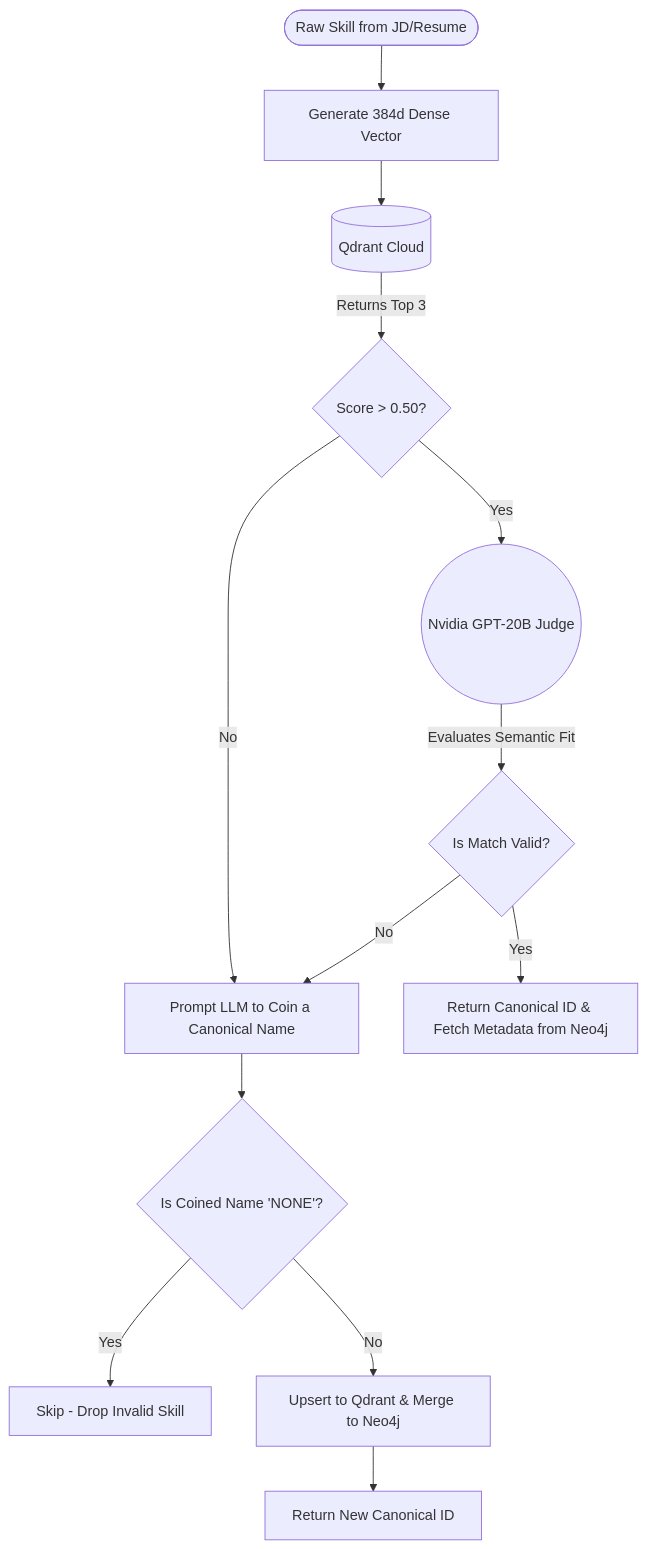
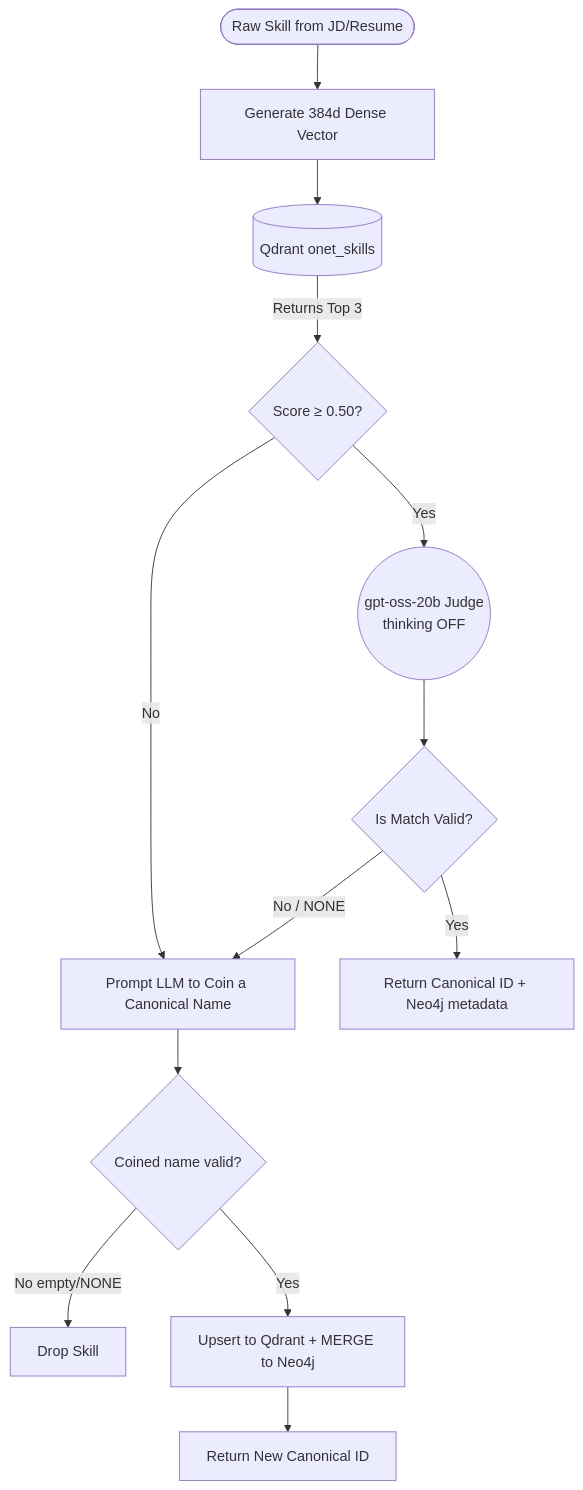
One commit to ujwal-s-r/IISC_emp_onboarding_proj changed the second of 3 diagrams in docs/working.md. Above: the diagram before and after it, drawn with Mermaid. The commit also changed other lines of this file and 17 other files, not shown here.

````diff
--- a/docs/working.md
+++ b/docs/working.md
@@ -93,18 +83,15 @@
 ```mermaid
 graph TD
     A([Raw Skill from JD/Resume]) --> B[Generate 384d Dense Vector]
-    B --> C[(Qdrant Cloud)]
-    C -- Returns Top 3 --> D{Score > 0.50?}
+    B --> C[(Qdrant onet_skills)]
+    C -- Returns Top 3 --> D{Score ≥ 0.50?}
     D -- No --> H
-    D -- Yes --> E((Nvidia GPT-20B Judge))
-    E -- Evaluates Semantic Fit --> F{Is Match Valid?}
-    
-    F -- Yes --> G[Return Canonical ID & Fetch Metadata from Neo4j]
-    F -- No --> H[Prompt LLM to Coin a Canonical Name]
-    
-    H --> I{Is Coined Name 'NONE'?}
-    I -- Yes --> J[Skip - Drop Invalid Skill]
-    I -- No --> K[Upsert to Qdrant & Merge to Neo4j]
-    
+    D -- Yes --> E((gpt-oss-20b Judge\nthinking OFF))
+    E --> F{Is Match Valid?}
+    F -- Yes --> G[Return Canonical ID + Neo4j metadata]
+    F -- No / NONE --> H[Prompt LLM to Coin a Canonical Name]
+    H --> I{Coined name valid?}
+    I -- No empty/NONE --> J[Drop Skill]
+    I -- Yes --> K[Upsert to Qdrant + MERGE to Neo4j]
     K --> L[Return New Canonical ID]
 ```
````
